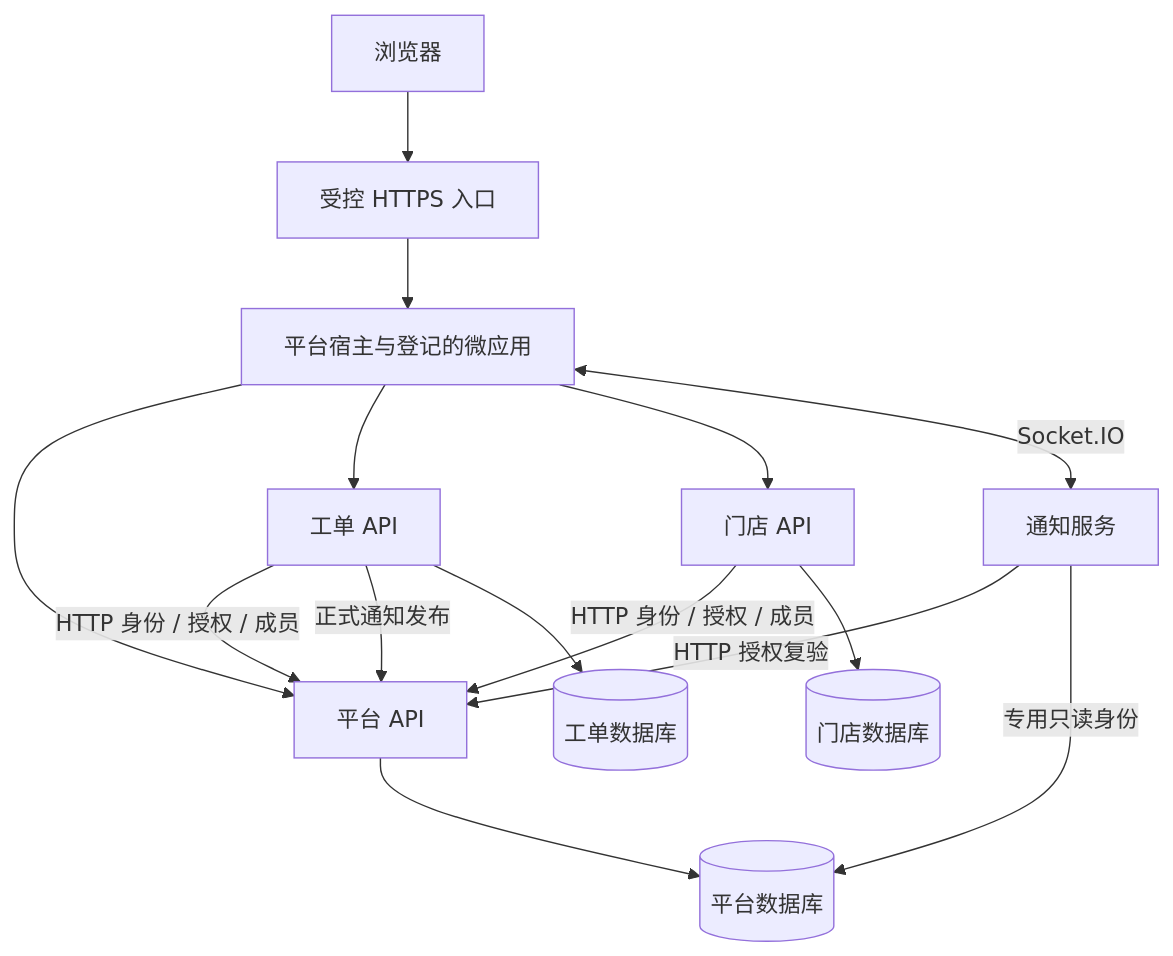
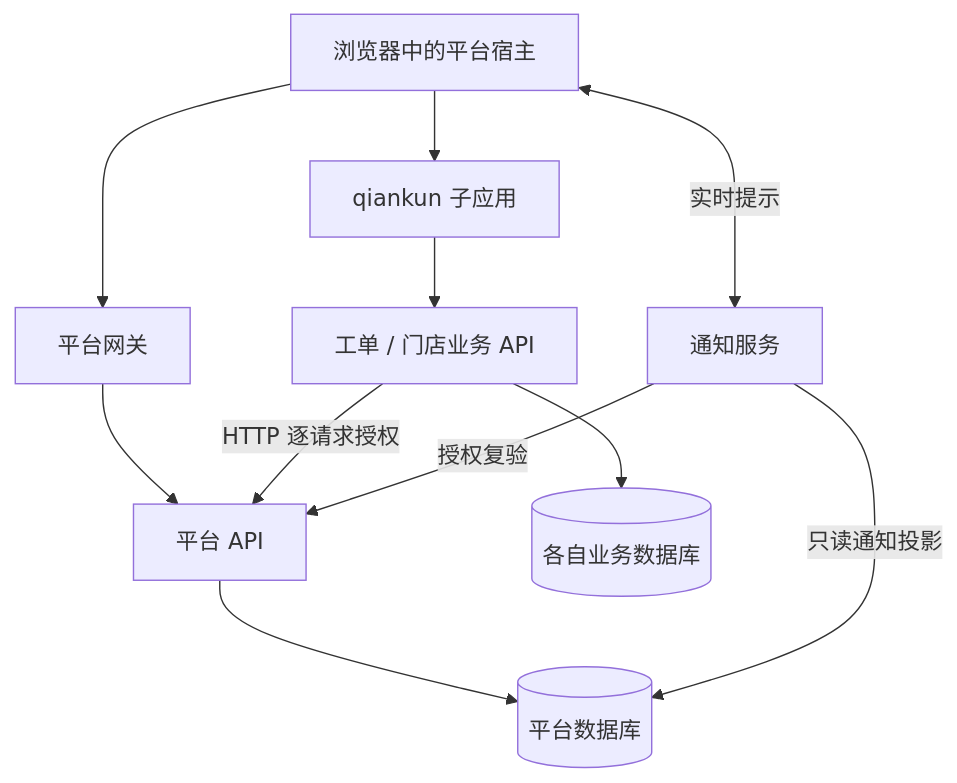
Before and after one commit to jackieonway/saas-plateform: the diagram in backend/docs/architecture.md, drawn with Mermaid. The commit also changed other lines of this file and 214 other files, not shown here.

Commit message:
Add qiankun micro-app integration

````diff
--- a/backend/docs/architecture.md
+++ b/backend/docs/architecture.md
@@ -35,17 +18,13 @@
 ```mermaid
 flowchart TB
-  B[浏览器] --> G[受控 HTTPS 入口]
-  G --> H[平台宿主与登记的微应用]
-  H --> P[平台 API]
-  H --> W[工单 API]
-  H --> S[门店 API]
-  W -->|HTTP 身份 / 授权 / 成员| P
-  S -->|HTTP 身份 / 授权 / 成员| P
-  W -->|正式通知发布| P
-  P --> PD[(平台数据库)]
-  W --> WD[(工单数据库)]
-  S --> SD[(门店数据库)]
-  H <-->|Socket.IO| N[通知服务]
-  N -->|HTTP 授权复验| P
-  N -->|专用只读身份| PD
+  Browser[浏览器中的平台宿主] --> Gateway[平台网关]
+  Browser --> Micro[qiankun 子应用]
+  Gateway --> API[平台 API]
+  Micro --> Business[工单 / 门店业务 API]
+  Business -->|HTTP 逐请求授权| API
+  API --> PlatformDB[(平台数据库)]
+  Business --> BusinessDB[(各自业务数据库)]
+  Browser <-->|实时提示| Notification[通知服务]
+  Notification -->|授权复验| API
+  Notification -->|只读通知投影| PlatformDB
 ```
````
